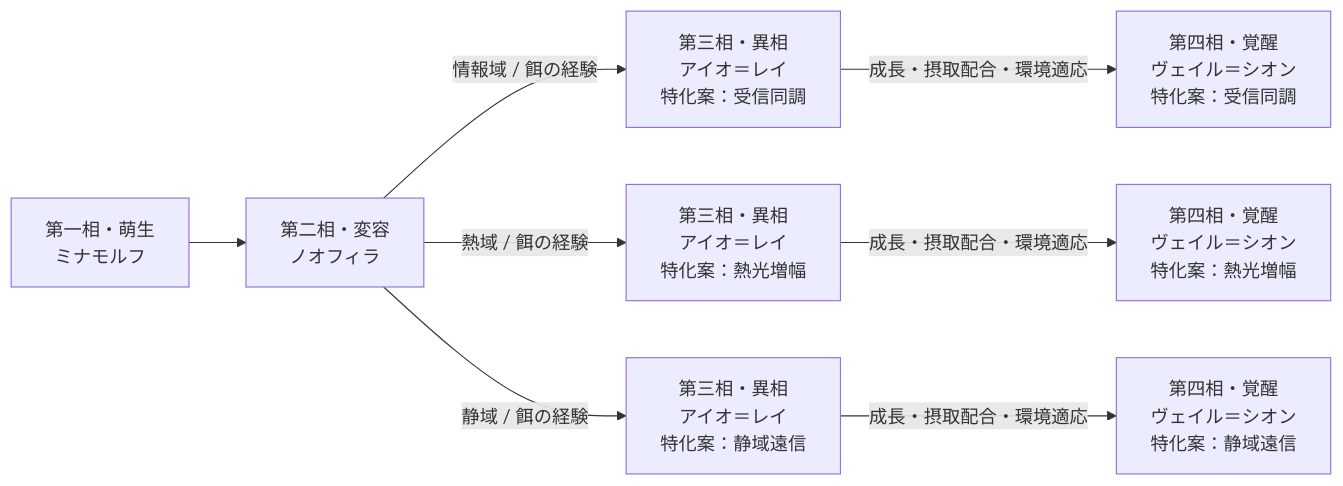
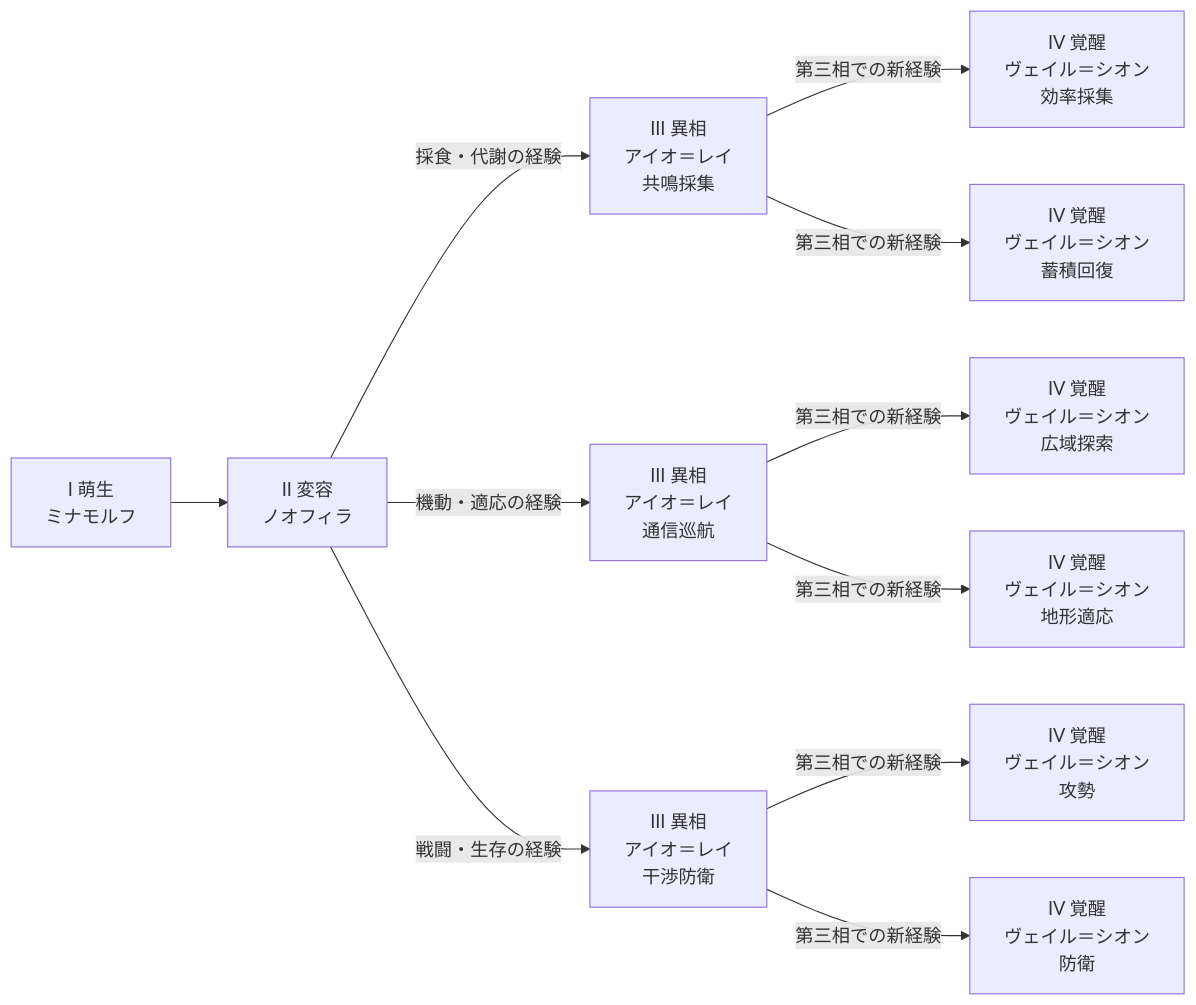
The diagram in lifegame-desktop/design/specification/evolution-trees/valis.md (chifuru/VAL), drawn with Mermaid before and after one commit. The commit also changed other lines of this file and 56 other files, not shown here.

````diff
--- a/lifegame-desktop/design/specification/evolution-trees/valis.md
+++ b/lifegame-desktop/design/specification/evolution-trees/valis.md
@@ -21,10 +32,13 @@
 ```mermaid
 flowchart LR
-  p1["第一相・萌生<br/>ミナモルフ"] --> p2["第二相・変容<br/>ノオフィラ"]
-  p2 -->|"情報域 / 餌の経験"| p3_1["第三相・異相<br/>アイオ＝レイ<br/>特化案：受信同調"]
-  p3_1 -->|"成長・摂取配合・環境適応"| p4_1["第四相・覚醒<br/>ヴェイル＝シオン<br/>特化案：受信同調"]
-  p2 -->|"熱域 / 餌の経験"| p3_2["第三相・異相<br/>アイオ＝レイ<br/>特化案：熱光増幅"]
-  p3_2 -->|"成長・摂取配合・環境適応"| p4_2["第四相・覚醒<br/>ヴェイル＝シオン<br/>特化案：熱光増幅"]
-  p2 -->|"静域 / 餌の経験"| p3_3["第三相・異相<br/>アイオ＝レイ<br/>特化案：静域遠信"]
-  p3_3 -->|"成長・摂取配合・環境適応"| p4_3["第四相・覚醒<br/>ヴェイル＝シオン<br/>特化案：静域遠信"]
+ p1["I 萌生<br/>ミナモルフ"] --> p2["II 変容<br/>ノオフィラ"]
+ p2 -->|"採食・代謝の経験"| p3_0["III 異相<br/>アイオ＝レイ<br/>共鳴採集"]
+ p3_0 -->|"第三相での新経験"| p4_0_0["IV 覚醒<br/>ヴェイル＝シオン<br/>効率採集"]
+ p3_0 -->|"第三相での新経験"| p4_0_1["IV 覚醒<br/>ヴェイル＝シオン<br/>蓄積回復"]
+ p2 -->|"機動・適応の経験"| p3_1["III 異相<br/>アイオ＝レイ<br/>通信巡航"]
+ p3_1 -->|"第三相での新経験"| p4_1_0["IV 覚醒<br/>ヴェイル＝シオン<br/>広域探索"]
+ p3_1 -->|"第三相での新経験"| p4_1_1["IV 覚醒<br/>ヴェイル＝シオン<br/>地形適応"]
+ p2 -->|"戦闘・生存の経験"| p3_2["III 異相<br/>アイオ＝レイ<br/>干渉防衛"]
+ p3_2 -->|"第三相での新経験"| p4_2_0["IV 覚醒<br/>ヴェイル＝シオン<br/>攻勢"]
+ p3_2 -->|"第三相での新経験"| p4_2_1["IV 覚醒<br/>ヴェイル＝シオン<br/>防衛"]
 ```
````
